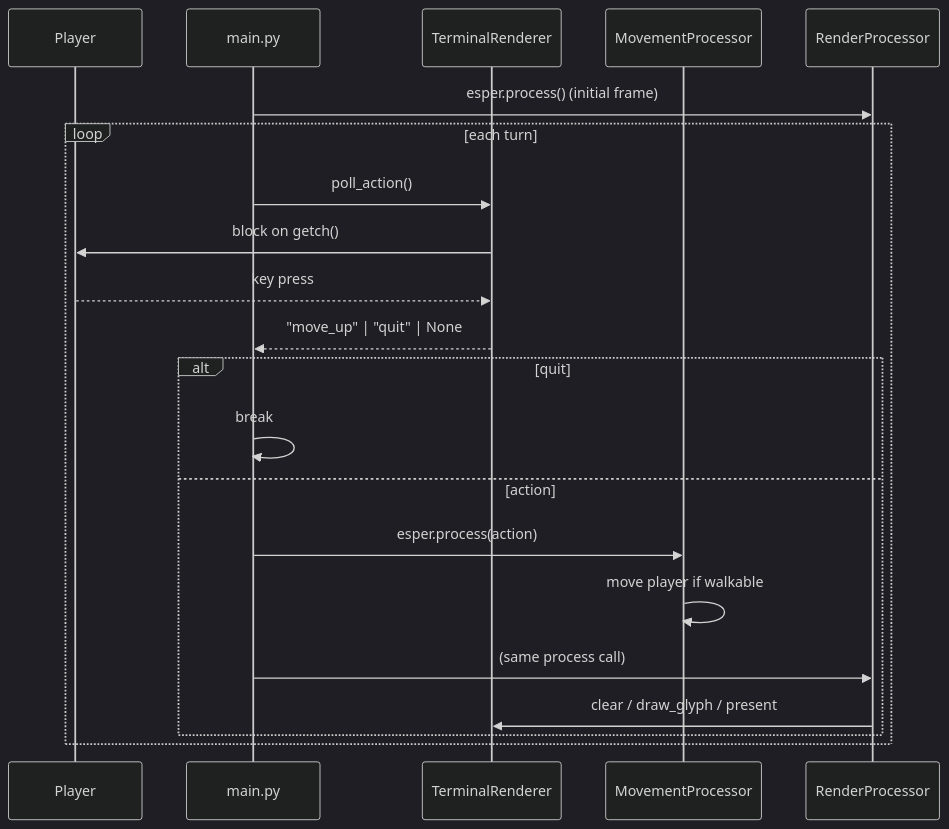
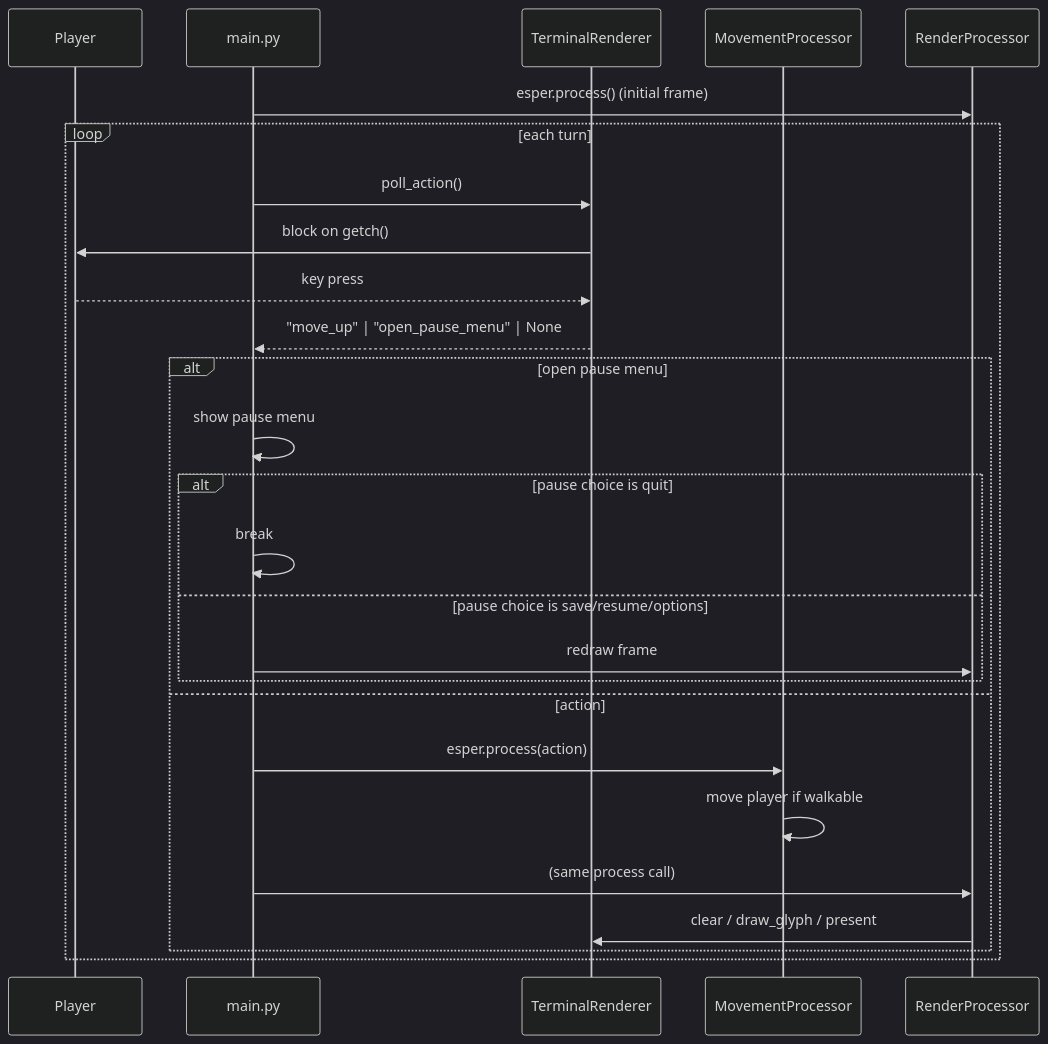
The second of 2 diagrams in pyRL2/wiki/Architecture.md (synaption/project-alpha), drawn with Mermaid (dark theme) before and after one commit. The commit also changed other lines of this file and 12 other files, not shown here.

````diff
--- a/pyRL2/wiki/Architecture.md
+++ b/pyRL2/wiki/Architecture.md
@@ -60,23 +60,28 @@
 ```mermaid
 sequenceDiagram
     participant U as Player
     participant Main as main.py
     participant Ren as TerminalRenderer
     participant Move as MovementProcessor
     participant Draw as RenderProcessor
     Main->>Draw: esper.process()  (initial frame)
     loop each turn
         Main->>Ren: poll_action()
         Ren->>U: block on getch()
         U-->>Ren: key press
-        Ren-->>Main: "move_up" | "quit" | None
-        alt quit
-            Main->>Main: break
+        Ren-->>Main: "move_up" | "open_pause_menu" | None
+        alt open pause menu
+            Main->>Main: show pause menu
+            alt pause choice is quit
+                Main->>Main: break
+            else pause choice is save/resume/options
+                Main->>Draw: redraw frame
+            end
         else action
             Main->>Move: esper.process(action)
             Move->>Move: move player if walkable
             Main->>Draw: (same process call)
             Draw->>Ren: clear / draw_glyph / present
         end
     end
 ```
````
